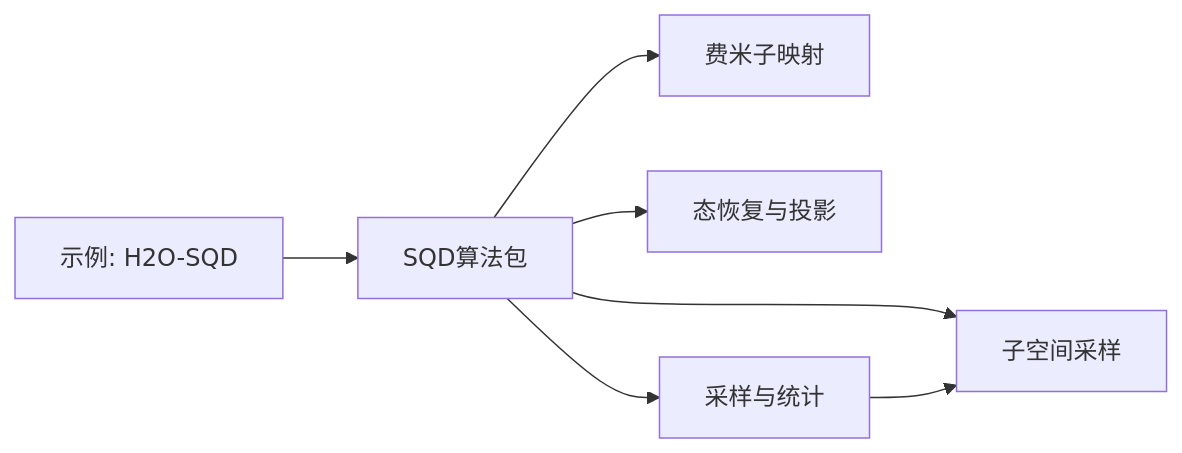
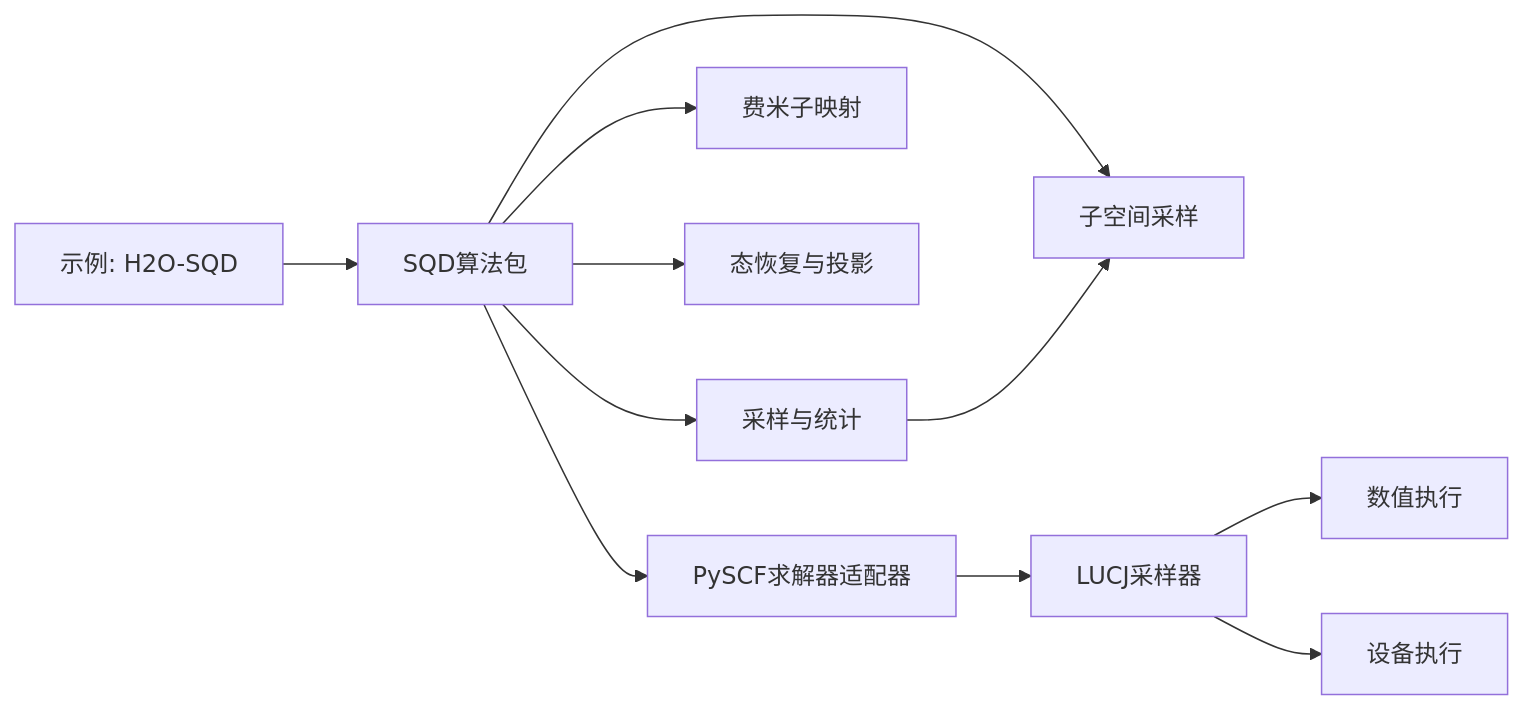
The third of 3 diagrams in .qoder/repowiki/zh/content/量子化学应用/量子化学算法/LUCJ SQD算法.md (QureGenAI-Biotech/TyxonQ), drawn with Mermaid before and after one commit. The commit also changed other lines of this file and 9 other files, not shown here.

````diff
--- a/.qoder/repowiki/zh/content/量子化学应用/量子化学算法/LUCJ SQD算法.md
+++ b/.qoder/repowiki/zh/content/量子化学应用/量子化学算法/LUCJ SQD算法.md
@@ -204,9 +232,13 @@
 ```mermaid
 graph LR
 Ex["示例: H2O-SQD"] --> API["SQD算法包"]
+API --> PS["PySCF求解器适配器"]
 API --> FM["费米子映射"]
 API --> RK["态恢复与投影"]
 API --> SM["采样与统计"]
 API --> SS["子空间采样"]
+PS --> LS["LUCJ采样器"]
+LS --> NE["数值执行"]
+LS --> DE["设备执行"]
 SM --> SS
 ```
````
